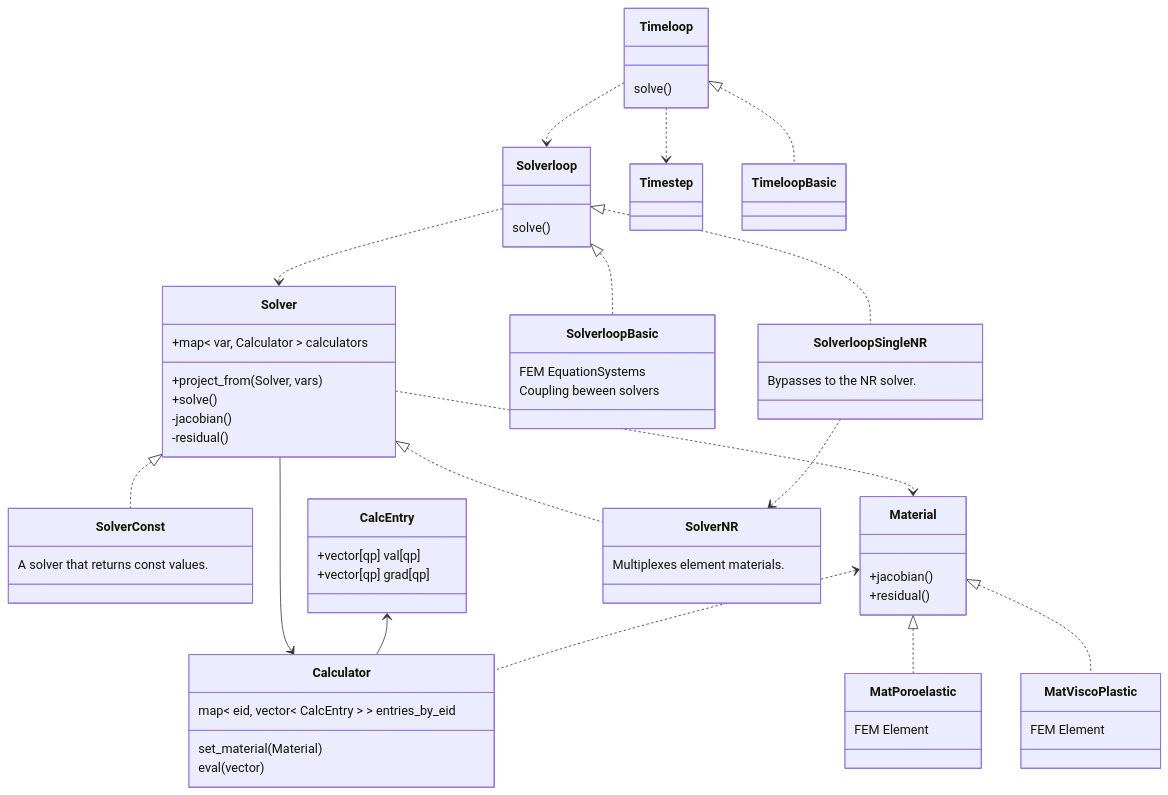
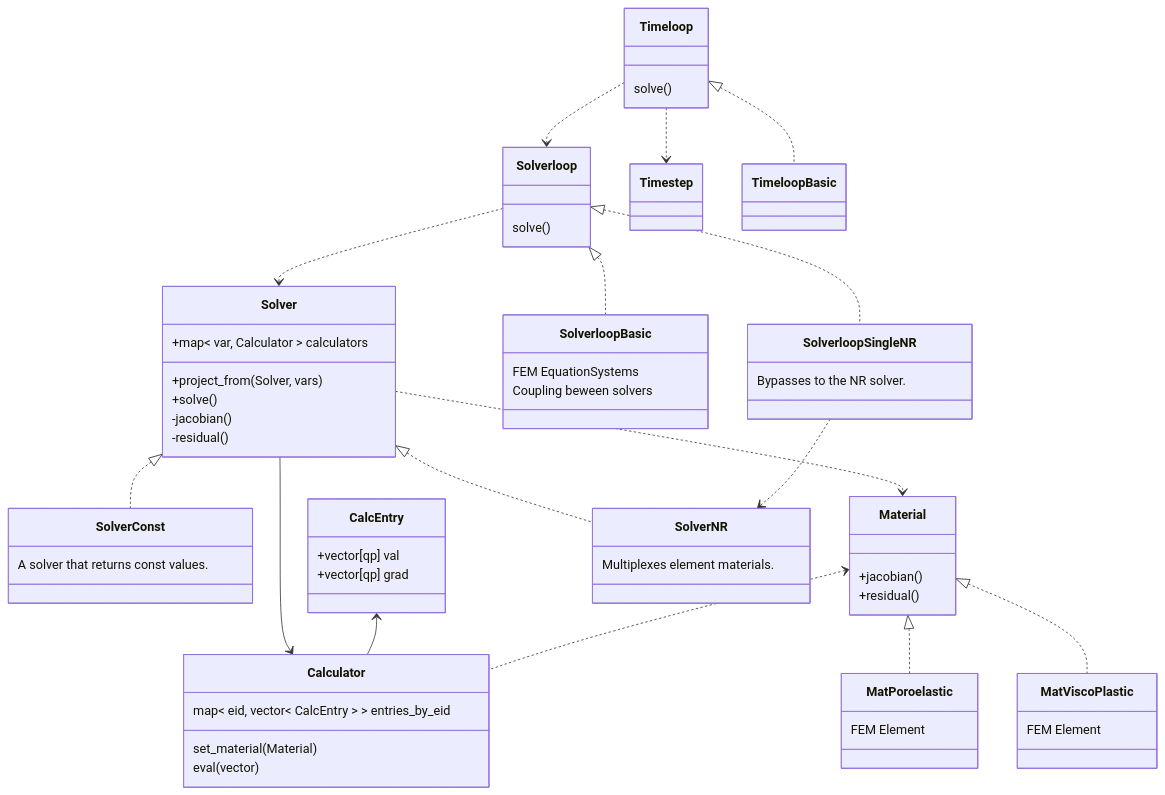
The diagram in include/README.md (rebpoli/harpy), drawn with Mermaid before and after one commit.

```diff
--- a/include/README.md
+++ b/include/README.md
@@ -41,8 +41,8 @@
     }
 
     class CalcEntry {
-        +vector[qp] val[qp]
-        +vector[qp] grad[qp]
+        +vector[qp] val
+        +vector[qp] grad
     }
     class Calculator {
         map< eid, vector< CalcEntry > > entries_by_eid
```
